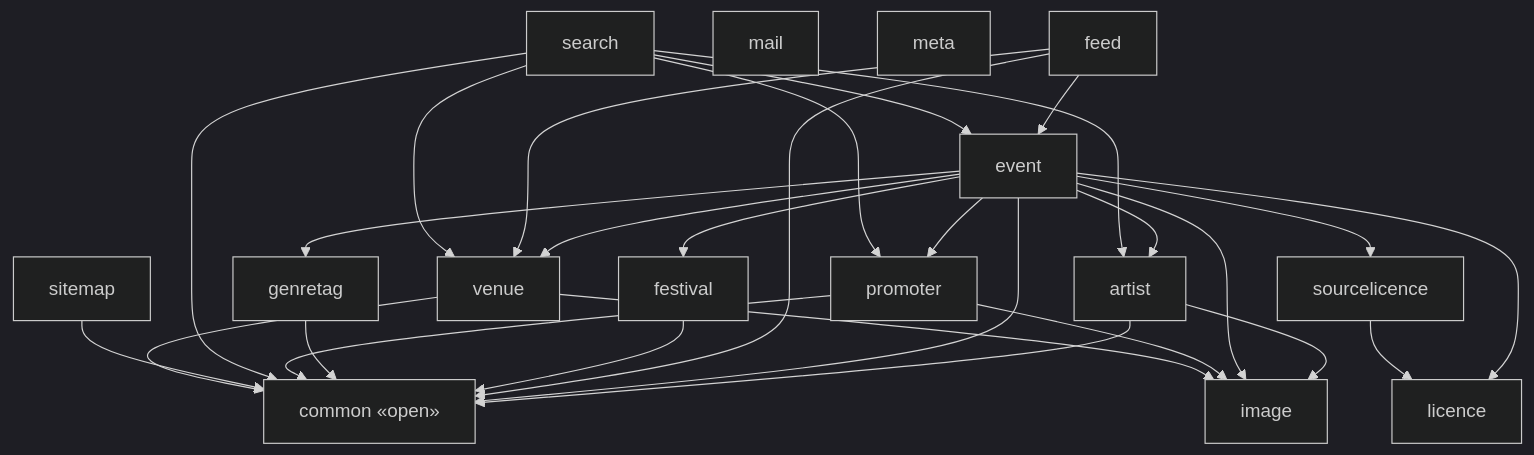
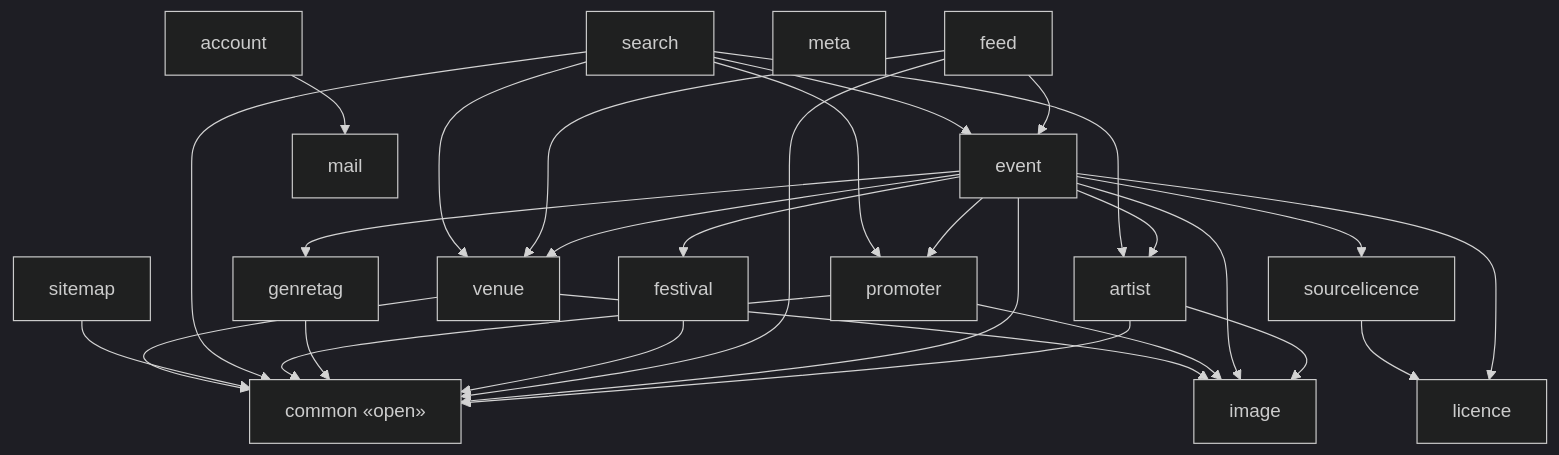
One commit to enorm-labs/event-junkie changed the diagram in docs/architecture/modules-events-bff.md. Above: the diagram before and after it, drawn with Mermaid (dark theme). The commit also changed 29 other files, not shown here.

````diff
--- a/docs/architecture/modules-events-bff.md
+++ b/docs/architecture/modules-events-bff.md
@@ -9,46 +9,48 @@
 ```mermaid
 flowchart TD
+    account["account"]
     artist["artist"]
     common["common «open»"]
     event["event"]
     feed["feed"]
     festival["festival"]
     genretag["genretag"]
     image["image"]
     licence["licence"]
     mail["mail"]
     meta["meta"]
     promoter["promoter"]
     search["search"]
     sitemap["sitemap"]
     sourcelicence["sourcelicence"]
     venue["venue"]
 
+    account --> mail
     artist --> common
     artist --> image
     event --> artist
     event --> common
     event --> festival
     event --> genretag
     event --> image
     event --> licence
     event --> promoter
     event --> sourcelicence
     event --> venue
     feed --> common
     feed --> event
     feed --> venue
     festival --> common
     genretag --> common
     promoter --> common
     promoter --> image
     search --> artist
     search --> common
     search --> event
     search --> promoter
     search --> venue
     sitemap --> common
     sourcelicence --> licence
     venue --> common
     venue --> image
 ```
````
